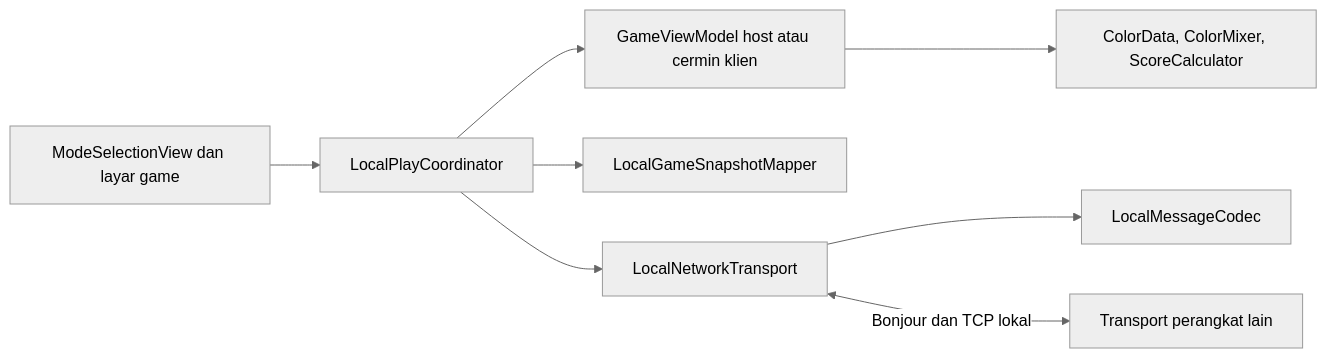
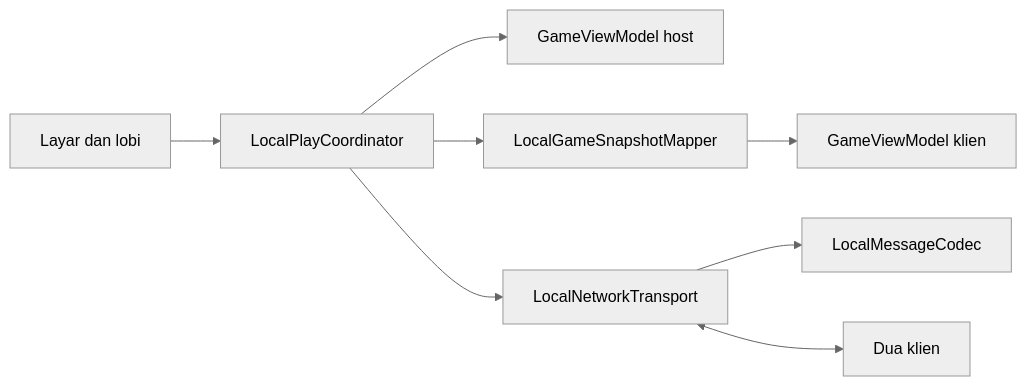
Before and after one commit to denywa/ColorTesting: the first of 2 diagrams in .kiro/specs/local-three-device-play/design.md, drawn with Mermaid (neutral theme). The commit also changed other lines of this file and 135 other files, not shown here.

````diff
--- a/.kiro/specs/local-three-device-play/design.md
+++ b/.kiro/specs/local-three-device-play/design.md
@@ -62,10 +47,10 @@
-~~~mermaid
+```mermaid
 flowchart LR
-    GV[ModeSelectionView dan layar game] --> CO[LocalPlayCoordinator]
-    CO --> VM[GameViewModel host atau cermin klien]
-    CO --> MP[LocalGameSnapshotMapper]
-    CO --> TR[LocalNetworkTransport]
-    TR --> CD[LocalMessageCodec]
-    TR <-->|Bonjour dan TCP lokal| RT[Transport perangkat lain]
-    VM --> RULE[ColorData, ColorMixer, ScoreCalculator]
-~~~
+    UI[Layar dan lobi] --> Coordinator[LocalPlayCoordinator]
+    Coordinator --> Rules[GameViewModel host]
+    Coordinator --> Mapper[LocalGameSnapshotMapper]
+    Coordinator --> Transport[LocalNetworkTransport]
+    Transport --> Codec[LocalMessageCodec]
+    Transport <--> Peers[Dua klien]
+    Mapper --> Mirror[GameViewModel klien]
+```
````
